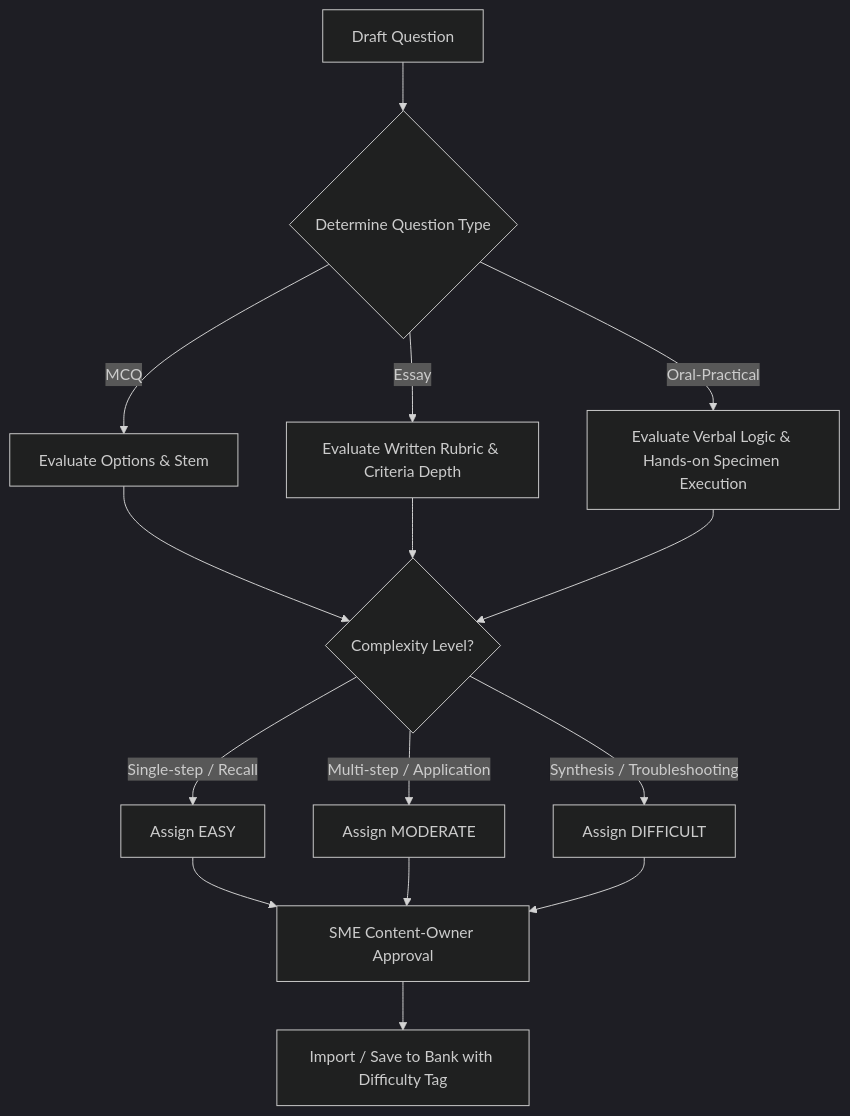
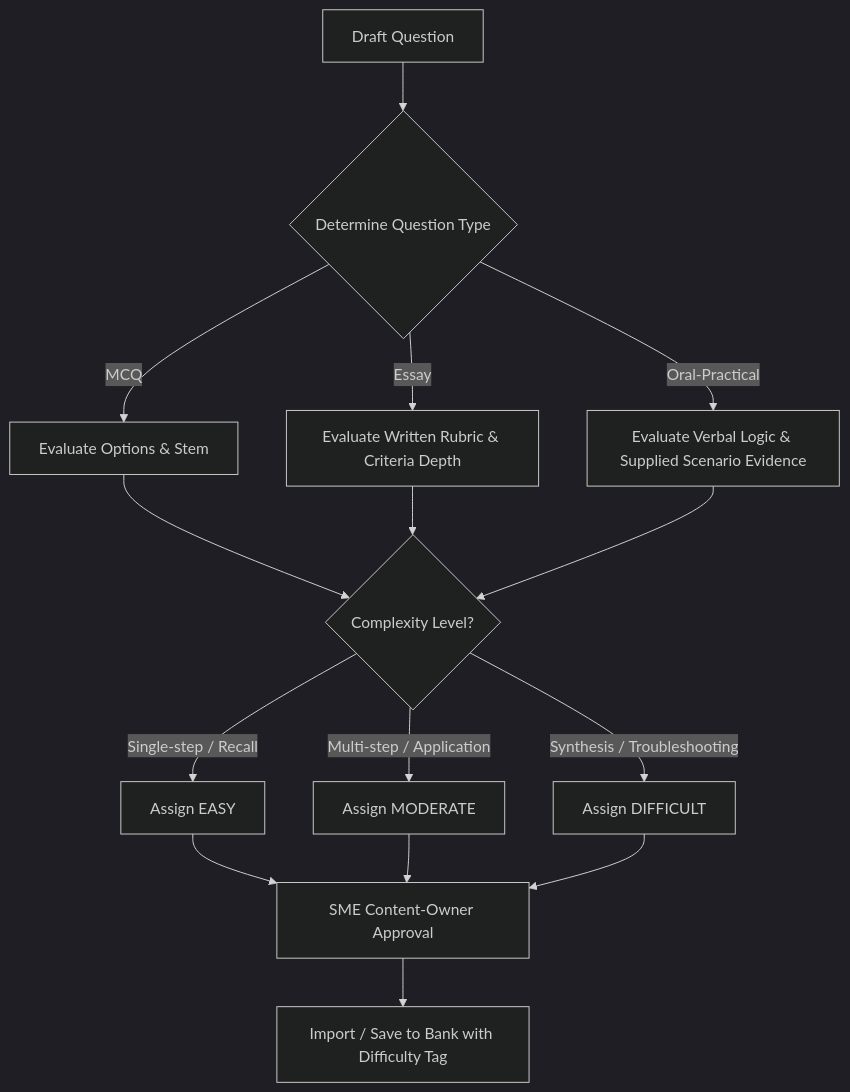
Before and after one commit to joel-curiano/QC-Candidate-Interview: the diagram in Question-Difficulty-Guide.md, drawn with Mermaid (dark theme). The commit also changed other lines of this file and 15 other files, not shown here.

````diff
--- a/Question-Difficulty-Guide.md
+++ b/Question-Difficulty-Guide.md
@@ -279,20 +857,20 @@
 ```mermaid
 flowchart TD
     A[Draft Question] --> B{Determine Question Type}
     B -->|MCQ| C[Evaluate Options & Stem]
     B -->|Essay| D[Evaluate Written Rubric & Criteria Depth]
-    B -->|Oral-Practical| E[Evaluate Verbal Logic & Hands-on Specimen Execution]
+    B -->|Oral-Practical| E[Evaluate Verbal Logic & Supplied Scenario Evidence]
     
     C --> F{Complexity Level?}
     D --> F
     E --> F
     
     F -->|Single-step / Recall| G[Assign EASY]
     F -->|Multi-step / Application| H[Assign MODERATE]
     F -->|Synthesis / Troubleshooting| I[Assign DIFFICULT]
     
     G --> J[SME Content-Owner Approval]
     H --> J
     I --> J
     J --> K[Import / Save to Bank with Difficulty Tag]
 ```
````
